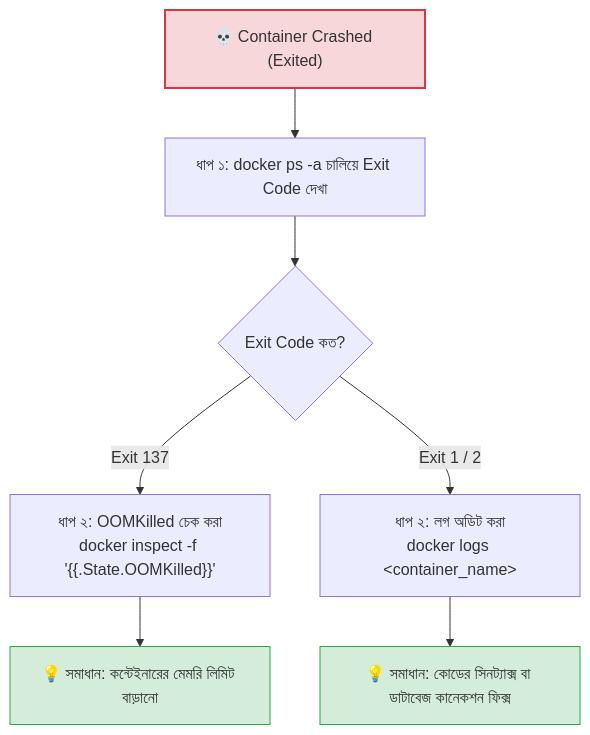
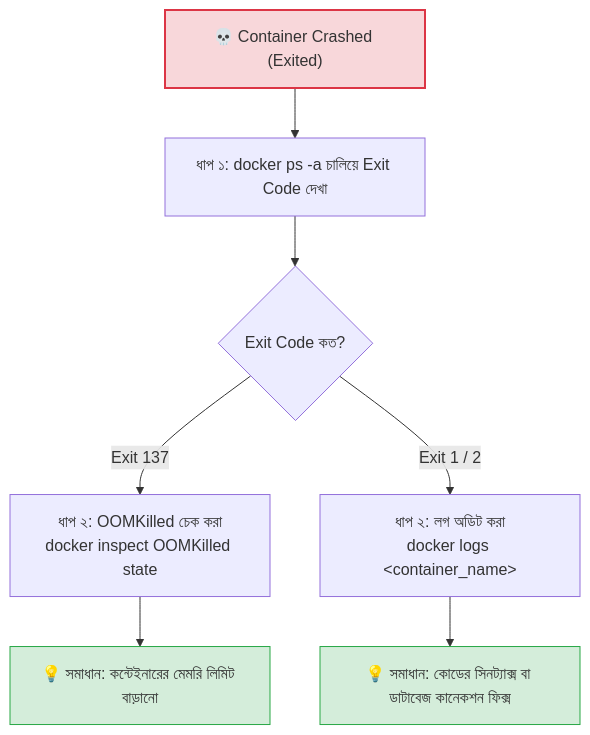
One commit to ashraf1600/My-Portfolio changed the second of 2 diagrams in docs/docker/container-logs.md. Above: the diagram before and after it, drawn with Mermaid. The commit also changed other lines of this file and 217 other files, not shown here.

````diff
--- a/docs/docker/container-logs.md
+++ b/docs/docker/container-logs.md
@@ -166,16 +166,16 @@
 ```mermaid
 graph TD
     Crash["💀 Container Crashed (Exited)"] --> S1["ধাপ ১: docker ps -a চালিয়ে Exit Code দেখা"]
     
     S1 --> CheckExit{"Exit Code কত?"}
     
-    CheckExit -->|Exit 137| OOM["ধাপ ২: OOMKilled চেক করা<br/>docker inspect -f '{{.State.OOMKilled}}'"]
+    CheckExit -->|Exit 137| OOM["ধাপ ২: OOMKilled চেক করা<br/>docker inspect OOMKilled state"]
     CheckExit -->|Exit 1 / 2| CodeBug["ধাপ ২: লগ অডিট করা<br/>docker logs &lt;container_name&gt;"]
     
     OOM --> FixOOM["💡 সমাধান: কন্টেইনারের মেমরি লিমিট বাড়ানো"]
     CodeBug --> FixCode["💡 সমাধান: কোডের সিনট্যাক্স বা ডাটাবেজ কানেকশন ফিক্স"]
 
     style Crash fill:#F8D7DA,stroke:#DC3545,stroke-width:2px
     style FixOOM fill:#D4EDDA,stroke:#28A745
     style FixCode fill:#D4EDDA,stroke:#28A745
 ```
````
